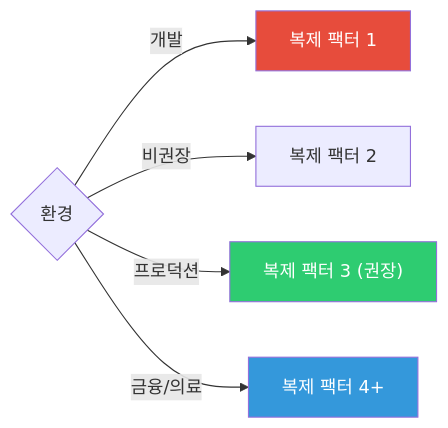
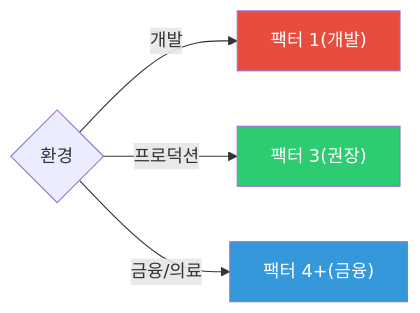
The fifth of 8 diagrams in _posts/kafka/2026-05-01-kafka-replication.md (yjkim2015/yjkim2015.github.io), drawn with Mermaid before and after one commit. The commit also changed other lines of this file and 48 other files, not shown here.

First line of the commit message:
Mermaid 최종 47건 수정: participant/노드/줄수/라벨 전부 기준 이하

````diff
--- a/_posts/kafka/2026-05-01-kafka-replication.md
+++ b/_posts/kafka/2026-05-01-kafka-replication.md
@@ -148,15 +148,13 @@
 ```mermaid
 graph LR
     ENV{"환경"}
-    DEV["복제 팩터 1"]
-    RISK["복제 팩터 2"]
-    PROD["복제 팩터 3 (권장)"]
-    CRITICAL["복제 팩터 4+"]
+    DEV["팩터 1(개발)"]
+    PROD["팩터 3(권장)"]
+    CRITICAL["팩터 4+(금융)"]
     ENV -->|"개발"| DEV
-    ENV -->|"비권장"| RISK
     ENV -->|"프로덕션"| PROD
     ENV -->|"금융/의료"| CRITICAL
     style DEV fill:#e74c3c,color:#fff
     style PROD fill:#2ecc71,color:#fff
     style CRITICAL fill:#3498db,color:#fff
 ```
````
